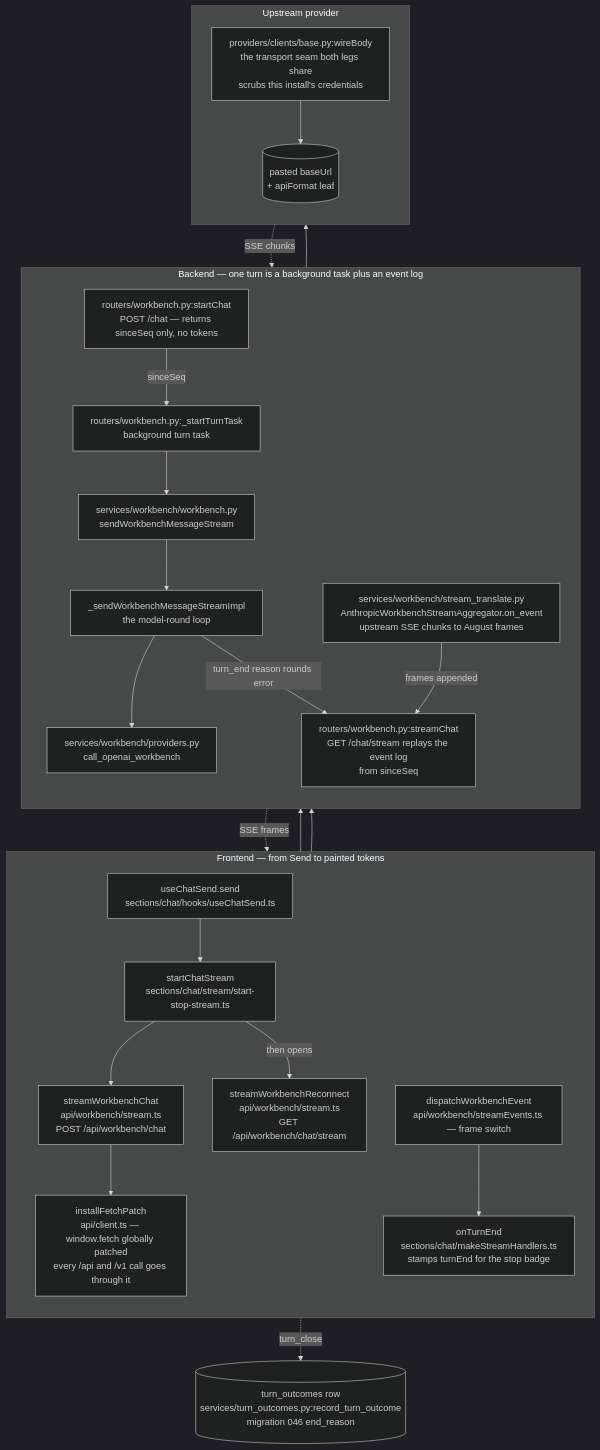
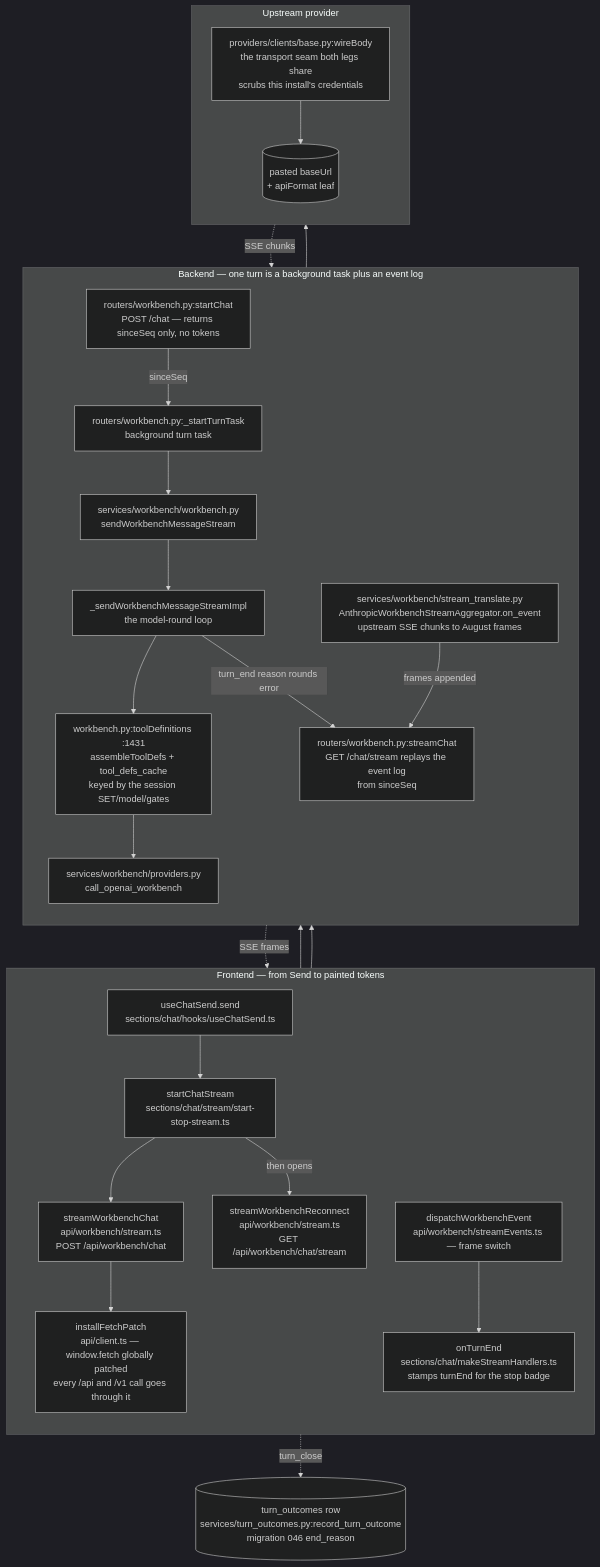
Before and after one commit to KILLER3UG/august-proxy: the second of 6 diagrams in docs/ARCHITECTURE_FLOW.md, drawn with Mermaid (dark theme). The commit also changed other lines of this file and 1 other file, not shown here.

First line of the commit message:
docs(flow): current six-flow map and a regenerated HTML snapshot

````diff
--- a/docs/ARCHITECTURE_FLOW.md
+++ b/docs/ARCHITECTURE_FLOW.md
@@ -73,40 +74,41 @@
 ```mermaid
 flowchart TB
   subgraph fe["Frontend — from Send to painted tokens"]
     direction TB
     SEND["useChatSend.send<br/>sections/chat/hooks/useChatSend.ts"]
     START["startChatStream<br/>sections/chat/stream/start-stop-stream.ts"]
     POSTF["streamWorkbenchChat<br/>api/workbench/stream.ts<br/>POST /api/workbench/chat"]
     PATCH["installFetchPatch<br/>api/client.ts — window.fetch globally patched<br/>every /api and /v1 call goes through it"]
     OPEN["streamWorkbenchReconnect<br/>api/workbench/stream.ts<br/>GET /api/workbench/chat/stream"]
     DISP["dispatchWorkbenchEvent<br/>api/workbench/streamEvents.ts — frame switch"]
     TEND["onTurnEnd<br/>sections/chat/makeStreamHandlers.ts<br/>stamps turnEnd for the stop badge"]
   end
 
   subgraph be["Backend — one turn is a background task plus an event log"]
     direction TB
     ROUTE["routers/workbench.py:startChat<br/>POST /chat — returns sinceSeq only, no tokens"]
     TASK["routers/workbench.py:_startTurnTask<br/>background turn task"]
     ENG["services/workbench/workbench.py<br/>sendWorkbenchMessageStream"]
     LOOP["_sendWorkbenchMessageStreamImpl<br/>the model-round loop"]
-    CALL["services/workbench/providers.py<br/>call_openai_workbench"]
+    SURF["workbench.py:toolDefinitions :1431<br/>assembleToolDefs + tool_defs_cache<br/>keyed by the session SET/model/gates"]
+  CALL["services/workbench/providers.py<br/>call_openai_workbench"]
     TR["services/workbench/stream_translate.py<br/>AnthropicWorkbenchStreamAggregator.on_event<br/>upstream SSE chunks to August frames"]
     ROOM["routers/workbench.py:streamChat<br/>GET /chat/stream replays the event log<br/>from sinceSeq"]
   end
 
   subgraph up["Upstream provider"]
     direction TB
     BASE["providers/clients/base.py:wireBody<br/>the transport seam both legs share<br/>scrubs this install's credentials"]
     HOST[("pasted baseUrl<br/>+ apiFormat leaf")]
   end
 
   SEND --> START --> POSTF --> PATCH --> ROUTE
   ROUTE -->|"sinceSeq"| TASK
-  TASK --> ENG --> LOOP --> CALL --> BASE --> HOST
+  TASK --> ENG --> LOOP --> SURF --> CALL --> BASE --> HOST
   HOST -.->|"SSE chunks"| TR
   TR -->|"frames appended"| ROOM
   START -->|"then opens"| OPEN --> ROOM
   ROOM -.->|"SSE frames"| DISP --> TEND
   LOOP -->|"turn_end reason rounds error"| ROOM
   TEND -.->|"turn_close"| OUT[("turn_outcomes row<br/>services/turn_outcomes.py:record_turn_outcome<br/>migration 046 end_reason")]
 ```
````
